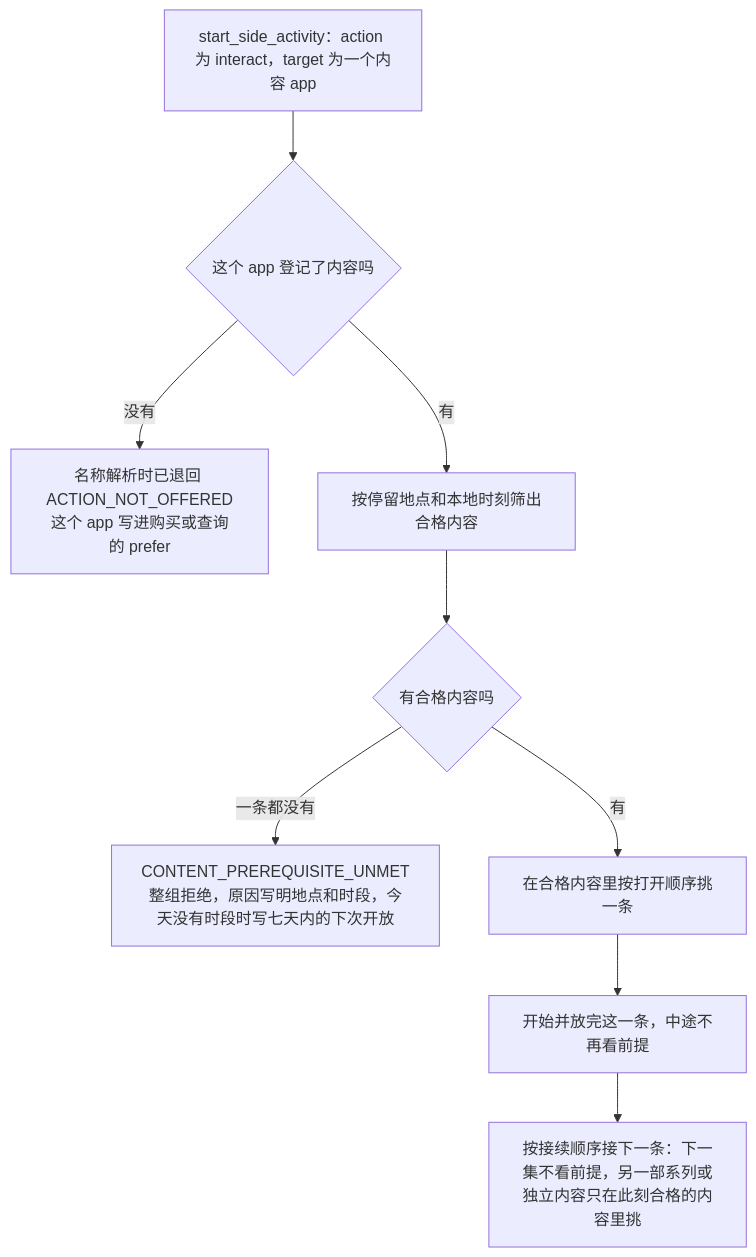
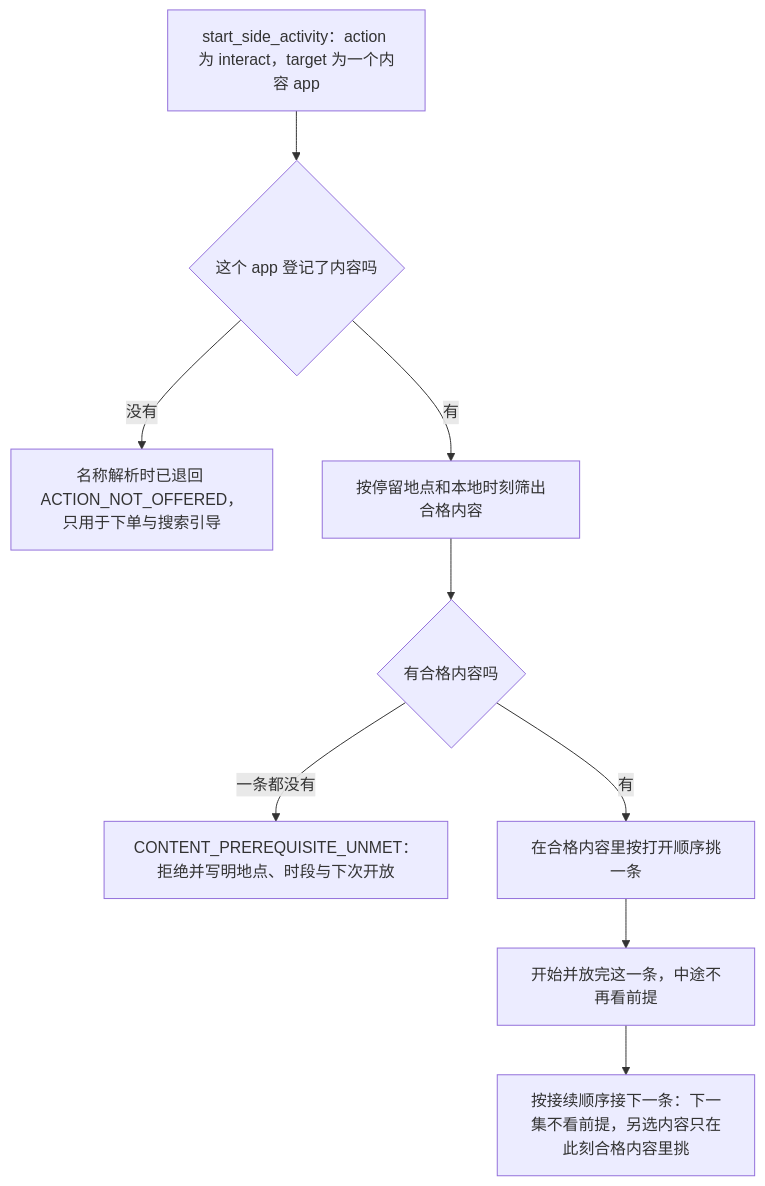
The third of 4 diagrams in docs/design/04-simulation-engine.md (HoldThatThgt/WorldMock), drawn with Mermaid before and after one commit. The commit also changed other lines of this file and 19 other files, not shown here.

````diff
--- a/docs/design/04-simulation-engine.md
+++ b/docs/design/04-simulation-engine.md
@@ -339,11 +342,11 @@
 ```mermaid
 flowchart TD
     A["start_side_activity：action 为 interact，target 为一个内容 app"] --> B{"这个 app 登记了内容吗"}
-    B -->|没有| Refuse["名称解析时已退回 ACTION_NOT_OFFERED<br/>这个 app 写进购买或查询的 prefer"]
-    B -->|有| C["按停留地点和本地时刻筛出合格内容"]
+    B -->|"没有"| Refuse["名称解析时已退回 ACTION_NOT_OFFERED，只用于下单与搜索引导"]
+    B -->|"有"| C["按停留地点和本地时刻筛出合格内容"]
     C --> D{"有合格内容吗"}
-    D -->|一条都没有| X["CONTENT_PREREQUISITE_UNMET<br/>整组拒绝，原因写明地点和时段，今天没有时段时写七天内的下次开放"]
-    D -->|有| E["在合格内容里按打开顺序挑一条"]
+    D -->|"一条都没有"| X["CONTENT_PREREQUISITE_UNMET：拒绝并写明地点、时段与下次开放"]
+    D -->|"有"| E["在合格内容里按打开顺序挑一条"]
     E --> F["开始并放完这一条，中途不再看前提"]
-    F --> G["按接续顺序接下一条：下一集不看前提，另一部系列或独立内容只在此刻合格的内容里挑"]
+    F --> G["按接续顺序接下一条：下一集不看前提，另选内容只在此刻合格内容里挑"]
 ```
````
